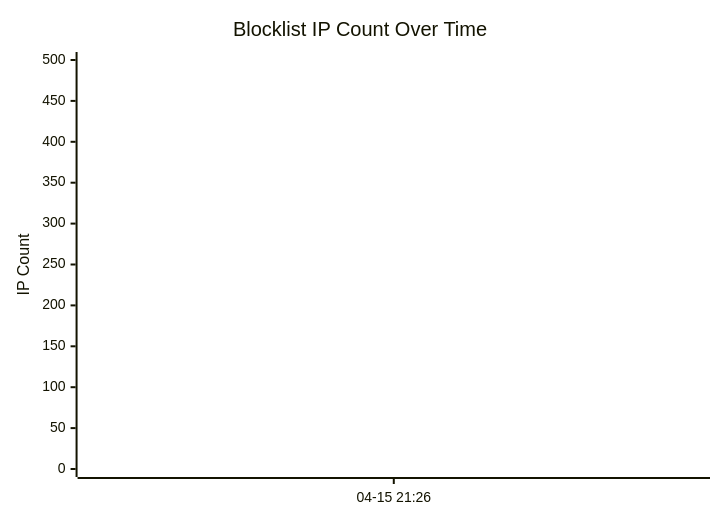
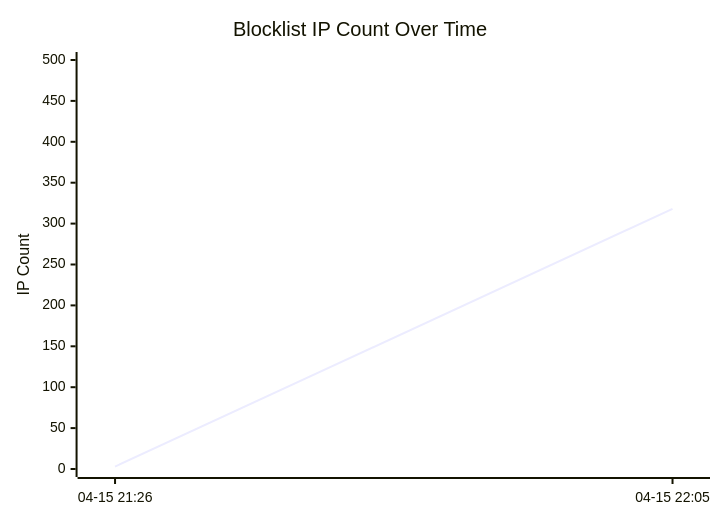
The diagram in README.md (cercatrova21/blocklist), drawn with Mermaid before and after one commit. The commit also changed other lines of this file and 2 other files, not shown here.

Commit message:
Update blocklist – 2026-04-15 22:05

````diff
--- a/README.md
+++ b/README.md
@@ -115,7 +115,7 @@
 ```mermaid
 xychart-beta
     title "Blocklist IP Count Over Time"
-    x-axis ["04-15 21:26"]
+    x-axis ["04-15 21:26", "04-15 22:05"]
     y-axis "IP Count" 0 --> 500
-    line [3]
+    line [3, 318]
 ```
````
